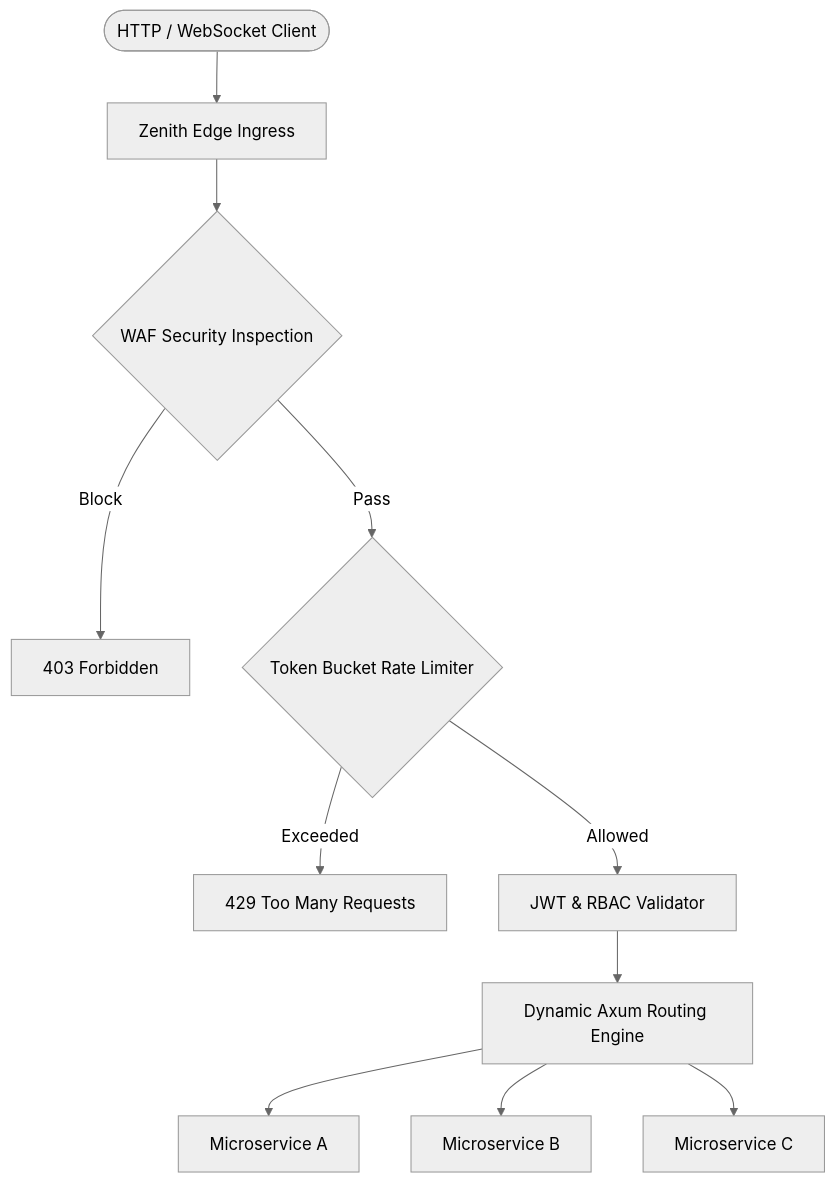
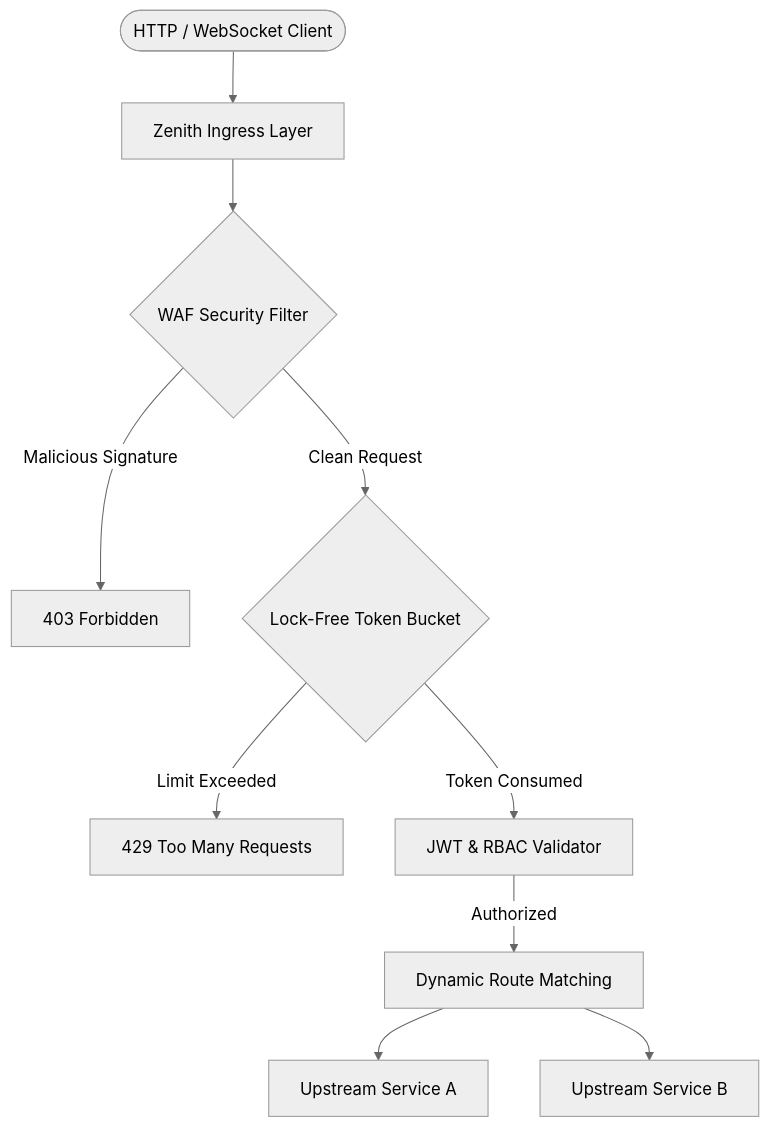
Before and after one commit to txltedxgod/zenith-gateway: the diagram in README.md, drawn with Mermaid (neutral theme). The commit also changed other lines of this file and 7 other files, not shown here.

````diff
--- a/README.md
+++ b/README.md
@@ -3,13 +14,12 @@
 ```mermaid
 flowchart TD
-    Client([HTTP / WebSocket Client]) --> Ingress[Zenith Edge Ingress]
-    Ingress --> WAF{WAF Security Inspection}
-    WAF -- Block --> 403[403 Forbidden]
-    WAF -- Pass --> RateLimiter{Token Bucket Rate Limiter}
-    RateLimiter -- Exceeded --> 429[429 Too Many Requests]
-    RateLimiter -- Allowed --> Auth[JWT & RBAC Validator]
-    Auth --> Router[Dynamic Axum Routing Engine]
-    Router --> Svc1[Microservice A]
-    Router --> Svc2[Microservice B]
-    Router --> Svc3[Microservice C]
+    Client([HTTP / WebSocket Client]) --> Ingress[Zenith Ingress Layer]
+    Ingress --> WAF{WAF Security Filter}
+    WAF -- Malicious Signature --> 403[403 Forbidden]
+    WAF -- Clean Request --> RateLimiter{Lock-Free Token Bucket}
+    RateLimiter -- Limit Exceeded --> 429[429 Too Many Requests]
+    RateLimiter -- Token Consumed --> Auth[JWT & RBAC Validator]
+    Auth -- Authorized --> Router[Dynamic Route Matching]
+    Router --> SvcA[Upstream Service A]
+    Router --> SvcB[Upstream Service B]
 ```
````
